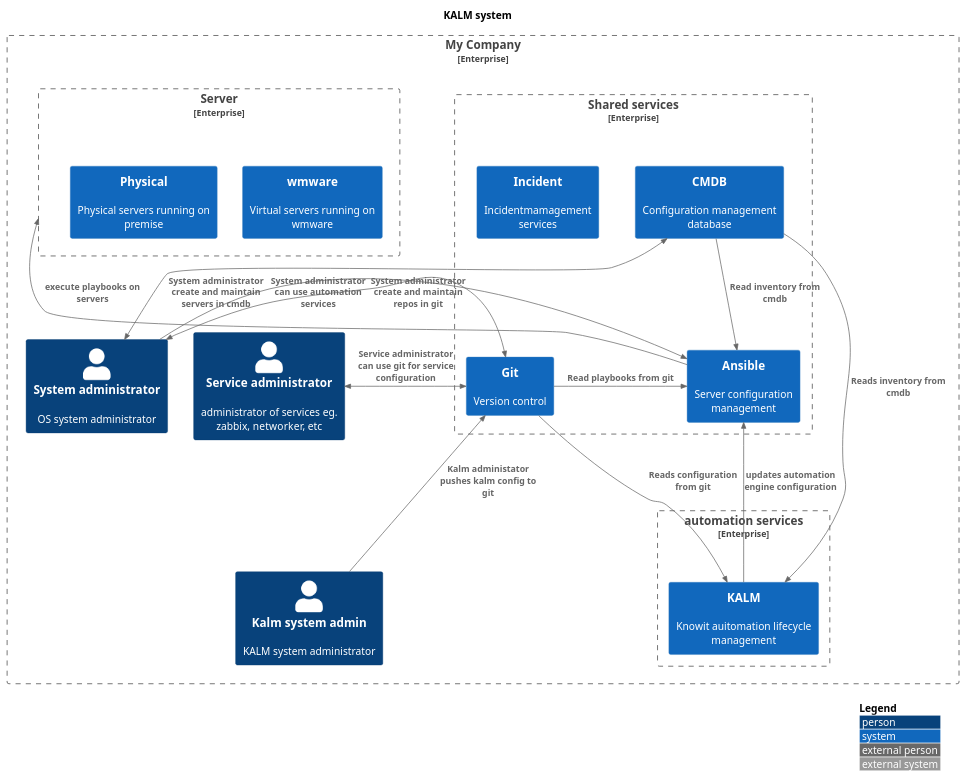
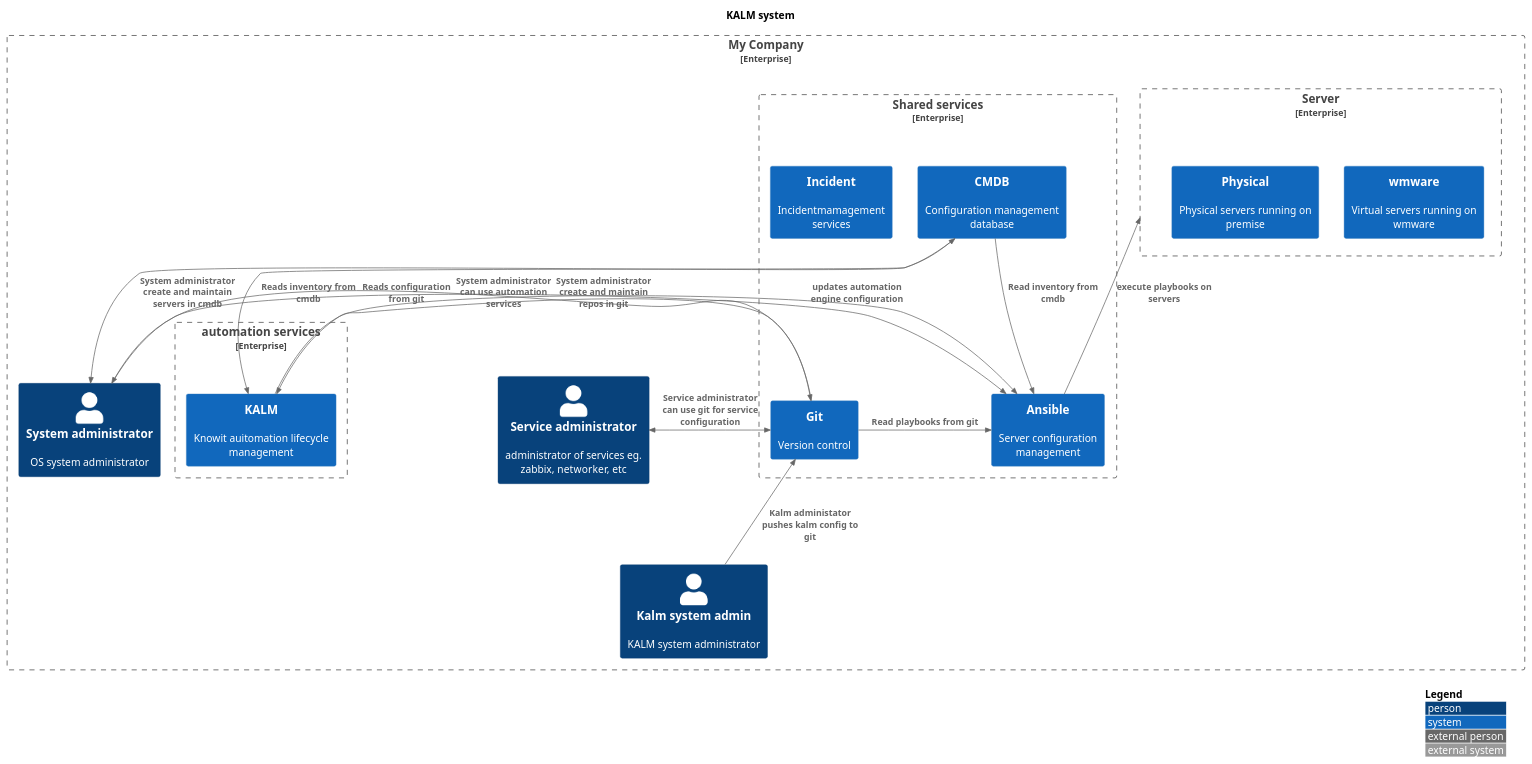
One commit to JakobHolstDK/infowall changed the diagram in diagrams/kalm.puml. Above: the diagram before and after it, drawn with PlantUML.

Commit message:
no write

```diff
--- a/diagrams/kalm.puml
+++ b/diagrams/kalm.puml
@@ -1,67 +1,67 @@
 @startuml
 !include https://raw.githubusercontent.com/plantuml-stdlib/C4-PlantUML/master/C4_Context.puml
 
 ' uncomment the following line and comment the first to use locally
 ' !include C4_Context.puml
 
 LAYOUT_TOP_DOWN()
 'LAYOUT_AS_SKETCH()
 LAYOUT_WITH_LEGEND()
 
 
 title   KALM system
 
 
 Enterprise_Boundary(c0, "My Company", "My awesome organisation") {
 
 Person(kalmadmin, "Kalm system admin", "KALM system administrator")
 Person(systemadmin, "System administrator", "OS system administrator")
 Person(serviceadmin, "Service administrator", "administrator of services eg. zabbix, networker, etc")
 Enterprise_Boundary(c2, "Server ", "Virtuelle servere") {
     System(vmware, "wmware", "Virtual servers running on wmware")
     System(physicalservers, "Physical", "Physical servers running on premise")
 }
 
 Enterprise_Boundary(c3, "Shared services", "Shared services in the organisation") {
     System(cmdb, "CMDB", "Configuration management database")
     System(automation, "Ansible", "Server configuration management")
     System(git, "Git", "Version control")
     System(incident, "Incident", "Incidentmamagement services")
 }
 
 Enterprise_Boundary(c1, "automation services", "Automation services") {
     System(kalm, "KALM", "Knowit auitomation lifecycle management")
 }
 
 
 }
 
 Lay_L(serviceadmin, systemadmin)
 Lay_R(serviceadmin, kalmadmin)
 
 
 
 
 Rel_Neighbor(git, automation, "Read playbooks from git")
 Rel_D(cmdb, automation, "Read inventory from cmdb")
 Rel_U(automation, c2 , "execute playbooks on servers")
 
 
 Rel_U(kalmadmin, git, "Kalm administator pushes kalm config to git")
 
 Rel_U(systemadmin, automation, "System administrator can use automation services")
 BiRel_R(systemadmin, git, "System administrator create and maintain repos in git")
 BiRel_L(systemadmin, cmdb, "System administrator create and maintain servers in cmdb")
 BiRel_D(serviceadmin, git, "Service administrator can use git for service configuration")
 
 
 
 
 
 Rel_D(cmdb, kalm, "Reads inventory from cmdb")
 Rel_D(git, kalm, "Reads configuration from git")
 
-Rel_U(kalm, automation, "updates automation engine configuration")
+Rel_D(kalm, automation, "updates automation engine configuration")
 
 
 @enduml
```
